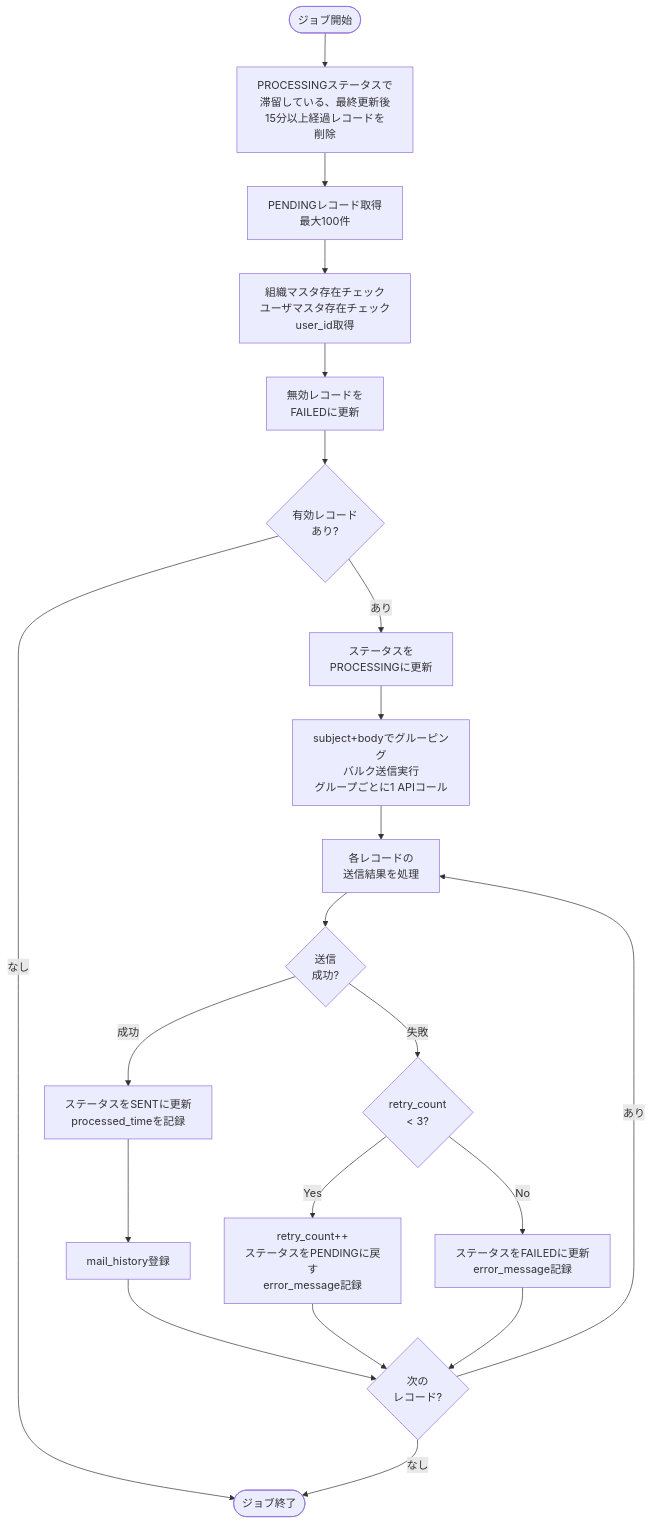
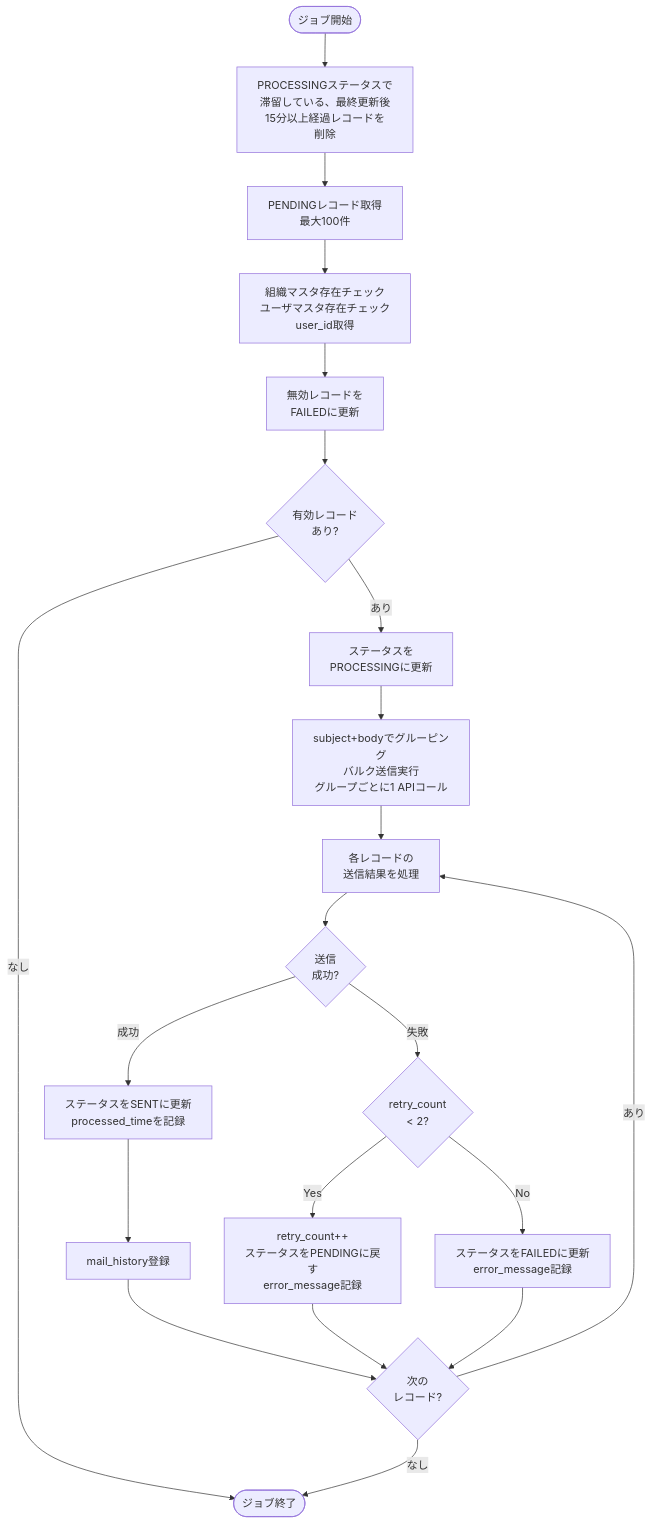
One commit to NSW-SVCP-AIWG002/Databricks-IoT changed the diagram in docs/03-features/batch/scheduled-email-job/job-specification.md. Above: the diagram before and after it, drawn with Mermaid. The commit also changed other lines of this file and 1 other file, not shown here.

````diff
--- a/docs/03-features/batch/scheduled-email-job/job-specification.md
+++ b/docs/03-features/batch/scheduled-email-job/job-specification.md
@@ -59,28 +59,28 @@
 ```mermaid
 flowchart TD
     Start([ジョブ開始]) --> DeleteRecord[PROCESSINGステータスで<br>滞留している、最終更新後<br>15分以上経過レコードを<br>削除]
     DeleteRecord --> Fetch[PENDINGレコード取得<br>最大100件]
     Fetch --> MasterCheck[組織マスタ存在チェック<br>ユーザマスタ存在チェック<br>user_id取得]
     MasterCheck --> InvalidFailed[無効レコードを<br>FAILEDに更新]
     InvalidFailed --> Check{有効レコード<br>あり?}
     Check -->|なし| End([ジョブ終了])
     Check -->|あり| UpdateProcessing[ステータスを<br>PROCESSINGに更新]
     UpdateProcessing --> BulkSend[subject+bodyでグルーピング<br>バルク送信実行<br>グループごとに1 APIコール]
     BulkSend --> Loop[各レコードの<br>送信結果を処理]
 
     Loop --> Result{送信<br>成功?}
 
     Result -->|成功| UpdateSent[ステータスをSENTに更新<br>processed_timeを記録]
-    Result -->|失敗| CheckRetry{retry_count<br>< 3?}
+    Result -->|失敗| CheckRetry{retry_count<br>< 2?}
 
     CheckRetry -->|Yes| IncrementRetry[retry_count++<br>ステータスをPENDINGに戻す<br>error_message記録]
     CheckRetry -->|No| UpdateFailed[ステータスをFAILEDに更新<br>error_message記録]
 
     UpdateSent --> RecordHistory[mail_history登録]
     RecordHistory --> Next{次の<br>レコード?}
     IncrementRetry --> Next
     UpdateFailed --> Next
 
     Next -->|あり| Loop
     Next -->|なし| End
 ```
````
